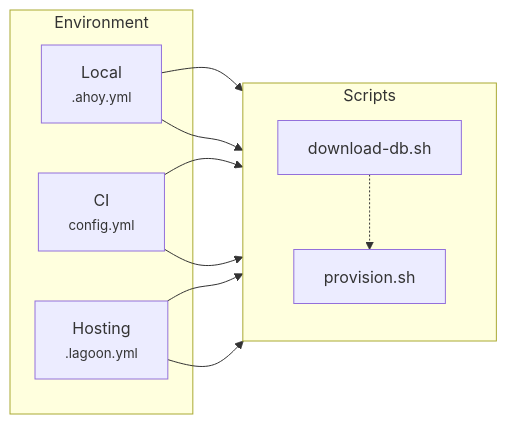
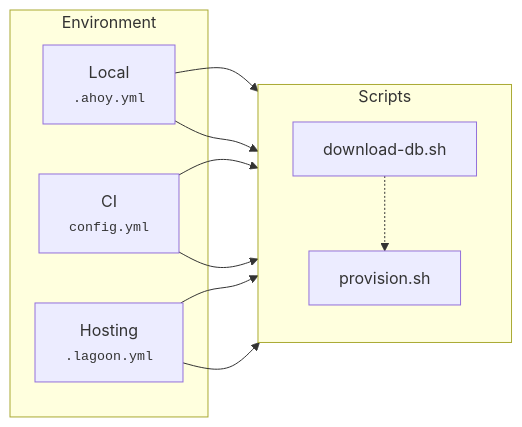
One commit to drevops/vortex changed the first of 2 diagrams in .drevops/docs/content/introduction/architecture.md. Above: the diagram before and after it, drawn with Mermaid. The commit also changed other lines of this file and 14 other files, not shown here.

````diff
--- a/.drevops/docs/content/introduction/architecture.md
+++ b/.drevops/docs/content/introduction/architecture.md
@@ -95,20 +138,20 @@
 ```mermaid
-flowchart LR
+    flowchart LR
     subgraph Environment
-        A[Local<br/><small>.ahoy.yml</small>]
-        B[CI<br/><small>config.yml</small>]
-        C[Hosting<br/><small>.lagoon.yml</small>]
+        A[Local<br/><small><code>.ahoy.yml</code></small>]
+        B[CI<br/><small><code>config.yml</code></small>]
+        C[Hosting<br/><small><code>.lagoon.yml</code></small>]
     end
 
     subgraph Scripts
         direction TB
         D["download-db.sh"] -.-> E["provision.sh"]
     end
 
     A --> Scripts
     A --> Scripts
     B --> Scripts
     B --> Scripts
     C --> Scripts
     C --> Scripts
 ```
````
